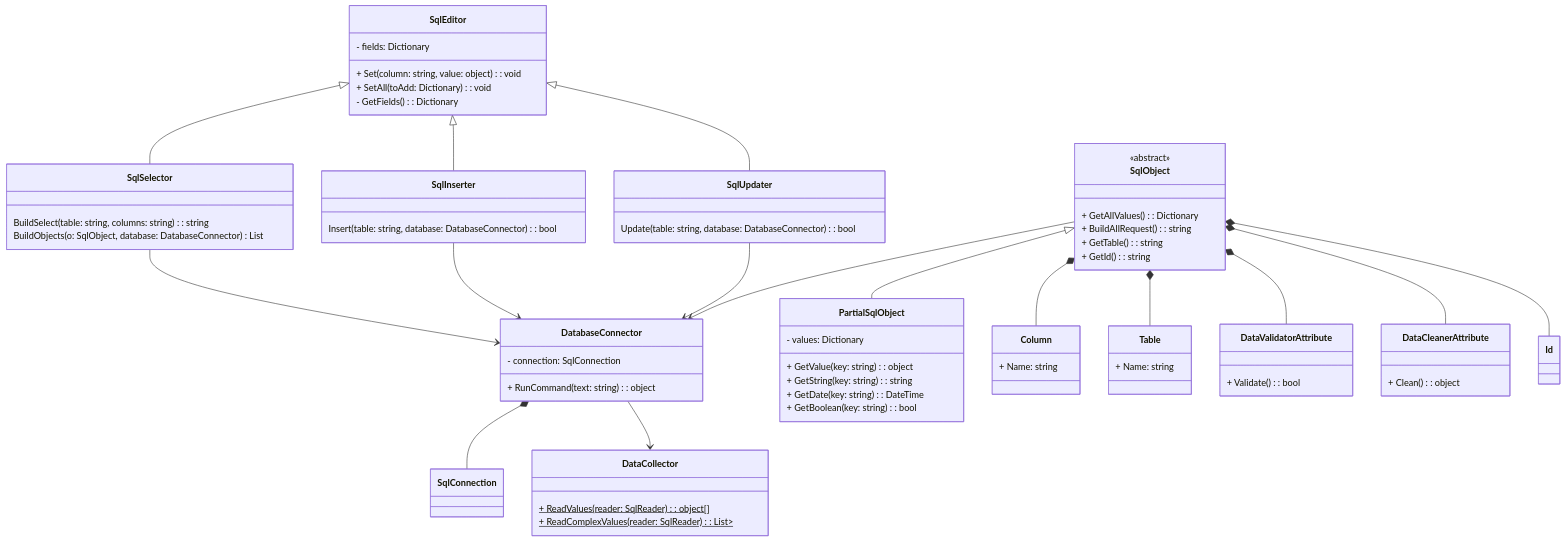
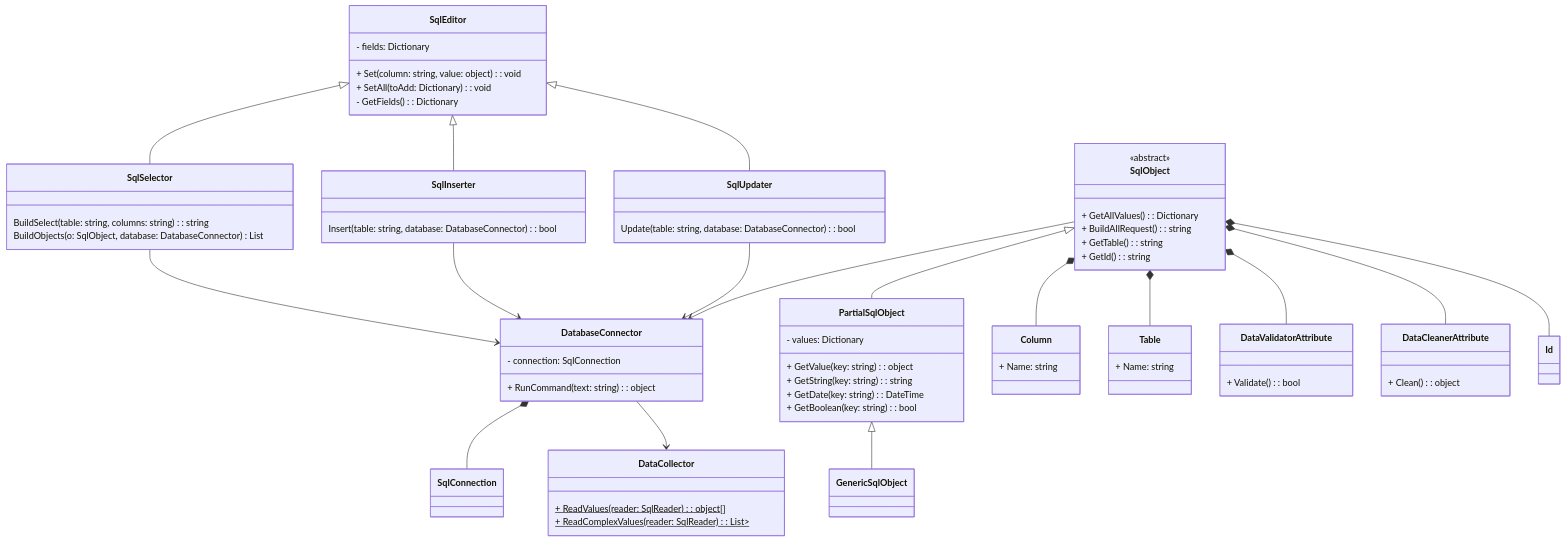
The diagram in README.md (POeticPotatoes/Truffle), drawn with Mermaid before and after one commit. The commit also changed other lines of this file, not shown here.

Commit message:
Update README.md to add GenericSqlObject to diagram

```diff
--- a/README.md
+++ b/README.md
@@ -83,6 +83,8 @@
     + GetDate(key: string): DateTime
     + GetBoolean(key: string): bool
 }
+
+class GenericSqlObject
 
 class Column {
     + Name: string
@@ -131,6 +133,7 @@
 SqlObject *-- DataValidatorAttribute
 SqlObject *-- DataCleanerAttribute
 SqlObject <|-- PartialSqlObject
+PartialSqlObject <|-- GenericSqlObject
 SqlEditor <|-- SqlUpdater
 SqlEditor <|-- SqlInserter
 SqlEditor <|-- SqlSelector
```
